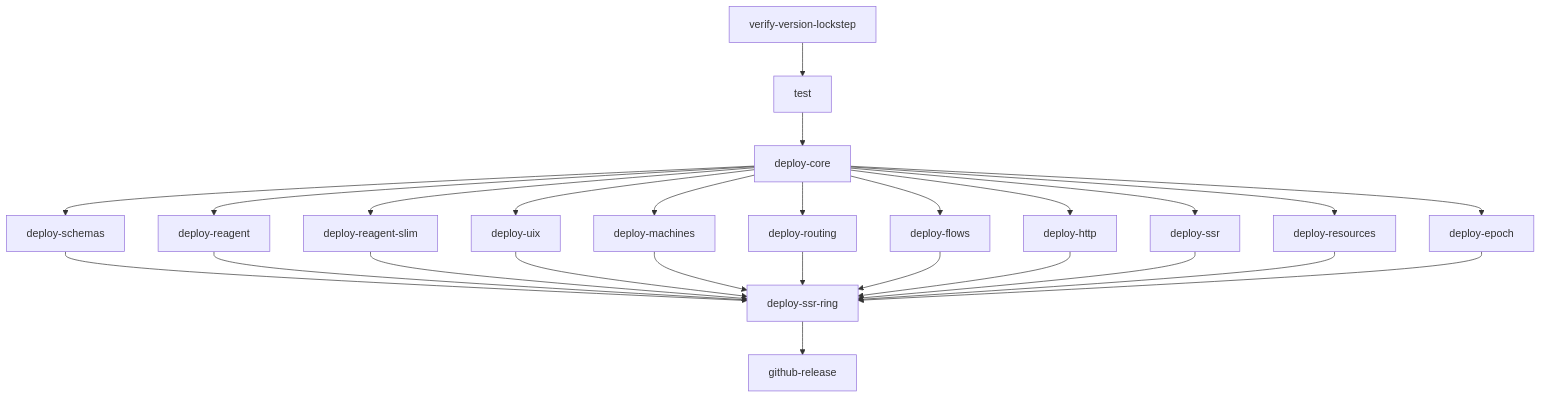
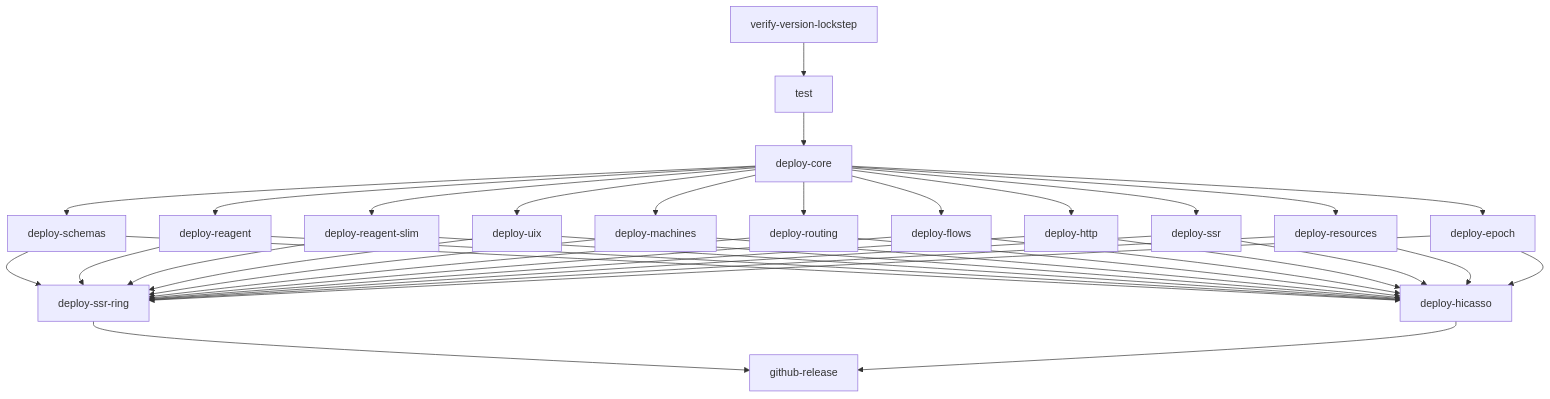
One commit to day8/re-frame2 changed the diagram in docs/release-process.md. Above: the diagram before and after it, drawn with Mermaid. The commit also changed other lines of this file and 16 other files, not shown here.

````diff
--- a/docs/release-process.md
+++ b/docs/release-process.md
@@ -47,28 +47,40 @@
 ```mermaid
 graph TD
   V[verify-version-lockstep] --> T[test]
   T --> C[deploy-core]
   C --> S[deploy-schemas]
   C --> R[deploy-reagent]
   C --> RS[deploy-reagent-slim]
   C --> U[deploy-uix]
   C --> M[deploy-machines]
   C --> RT[deploy-routing]
   C --> F[deploy-flows]
   C --> H[deploy-http]
   C --> SS[deploy-ssr]
   C --> RES[deploy-resources]
   C --> E[deploy-epoch]
   S --> SR[deploy-ssr-ring]
   R --> SR
   RS --> SR
   U --> SR
   M --> SR
   RT --> SR
   F --> SR
   H --> SR
   SS --> SR
   RES --> SR
   E --> SR
+  S --> HI[deploy-hicasso]
+  R --> HI
+  RS --> HI
+  U --> HI
+  M --> HI
+  RT --> HI
+  F --> HI
+  H --> HI
+  SS --> HI
+  RES --> HI
+  E --> HI
   SR --> GR[github-release]
+  HI --> GR
 ```
````
